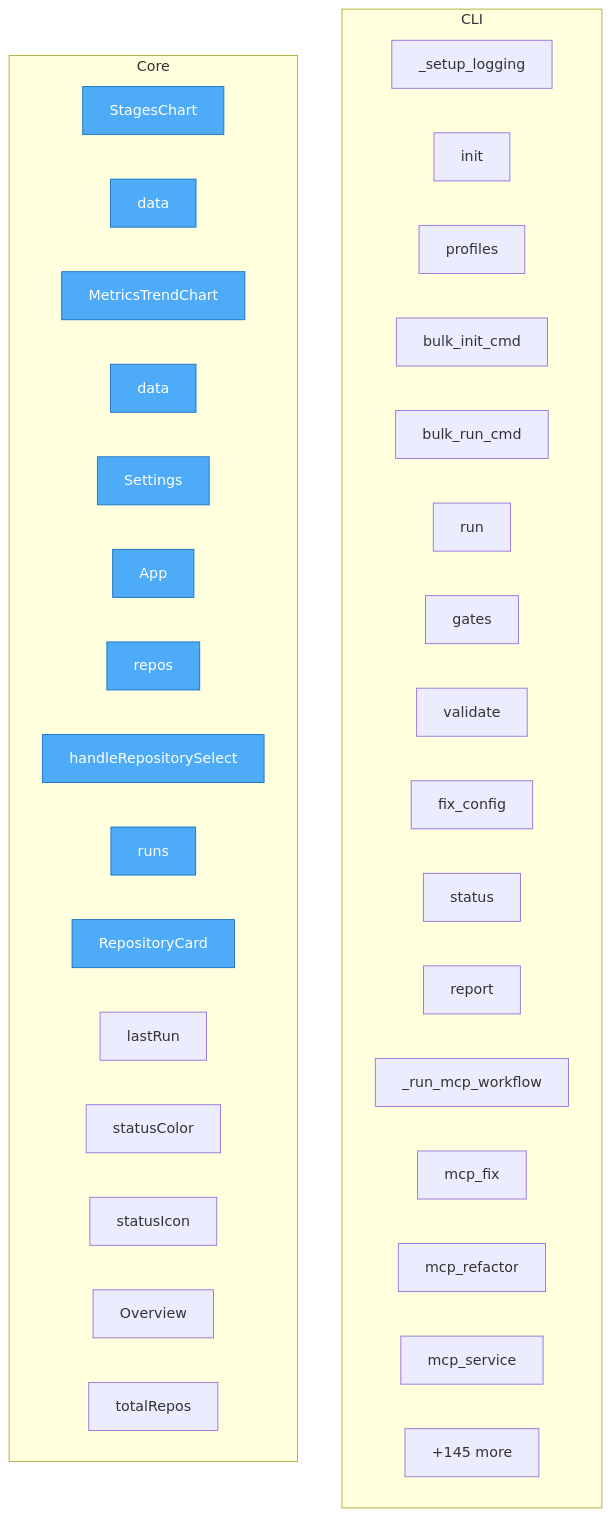
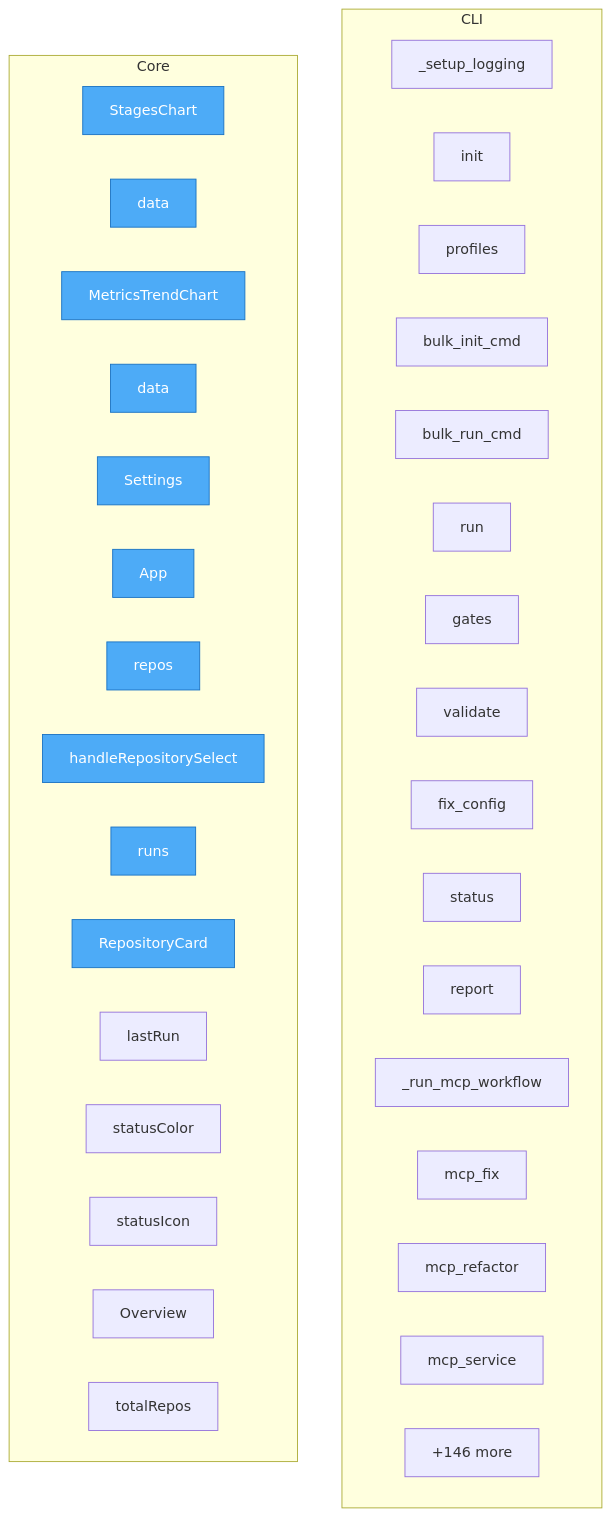
The diagram in project/flow.mmd (semcod/pyqual), drawn with Mermaid before and after one commit. The commit also changed 20 other files, not shown here.

```diff
--- a/project/flow.mmd
+++ b/project/flow.mmd
@@ -1,44 +1,44 @@
 flowchart TD
 
     %% Entry points (blue)
     classDef entry fill:#4dabf7,stroke:#1971c2,color:#fff
 
     subgraph CLI
         pyqual__cli___setup_logging["_setup_logging"]
         pyqual__cli__init["init"]
         pyqual__cli__profiles["profiles"]
         pyqual__cli__bulk_init_cmd["bulk_init_cmd"]
         pyqual__cli__bulk_run_cmd["bulk_run_cmd"]
         pyqual__cli__run["run"]
         pyqual__cli__gates["gates"]
         pyqual__cli__validate["validate"]
         pyqual__cli__fix_config["fix_config"]
         pyqual__cli__status["status"]
         pyqual__cli__report["report"]
         pyqual__cli___run_mcp_workflow["_run_mcp_workflow"]
         pyqual__cli__mcp_fix["mcp_fix"]
         pyqual__cli__mcp_refactor["mcp_refactor"]
         pyqual__cli__mcp_service["mcp_service"]
         ...["+33 more"]
     end
 
     subgraph Core
         dashboard__src__components__StagesChart__StagesChart["StagesChart"]
         dashboard__src__components__StagesChart__data["data"]
         dashboard__src__components__MetricsTrendChart__MetricsTrendChart["MetricsTrendChart"]
         dashboard__src__components__MetricsTrendChart__data["data"]
         dashboard__src__components__Settings__Settings["Settings"]
         dashboard__src__App__App["App"]
         dashboard__src__App__repos["repos"]
         dashboard__src__App__handleRepositorySelect["handleRepositorySelect"]
         dashboard__src__App__runs["runs"]
         dashboard__src__App__RepositoryCard["RepositoryCard"]
         dashboard__src__App__lastRun["lastRun"]
         dashboard__src__App__statusColor["statusColor"]
         dashboard__src__App__statusIcon["statusIcon"]
         dashboard__src__components__Overview__Overview["Overview"]
         dashboard__src__components__Overview__totalRepos["totalRepos"]
-        ...["+145 more"]
+        ...["+146 more"]
     end
 
     class dashboard__src__components__StagesChart__StagesChart,dashboard__src__components__StagesChart__data,dashboard__src__components__MetricsTrendChart__MetricsTrendChart,dashboard__src__components__MetricsTrendChart__data,dashboard__src__components__Settings__Settings,dashboard__src__App__App,dashboard__src__App__repos,dashboard__src__App__handleRepositorySelect,dashboard__src__App__runs,dashboard__src__App__RepositoryCard entry
```
